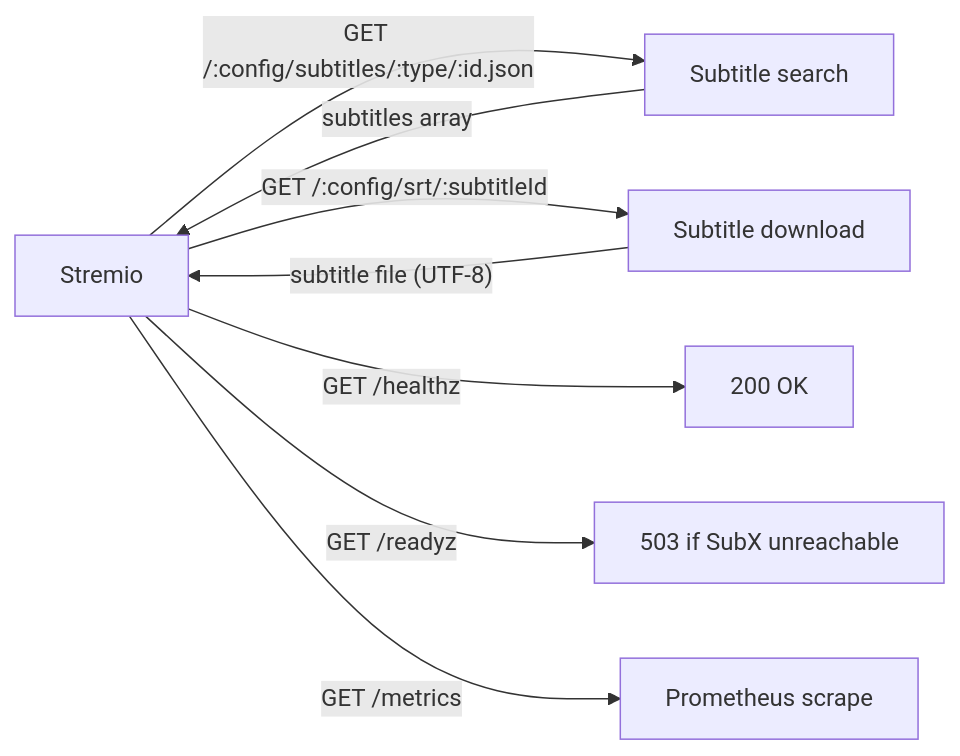
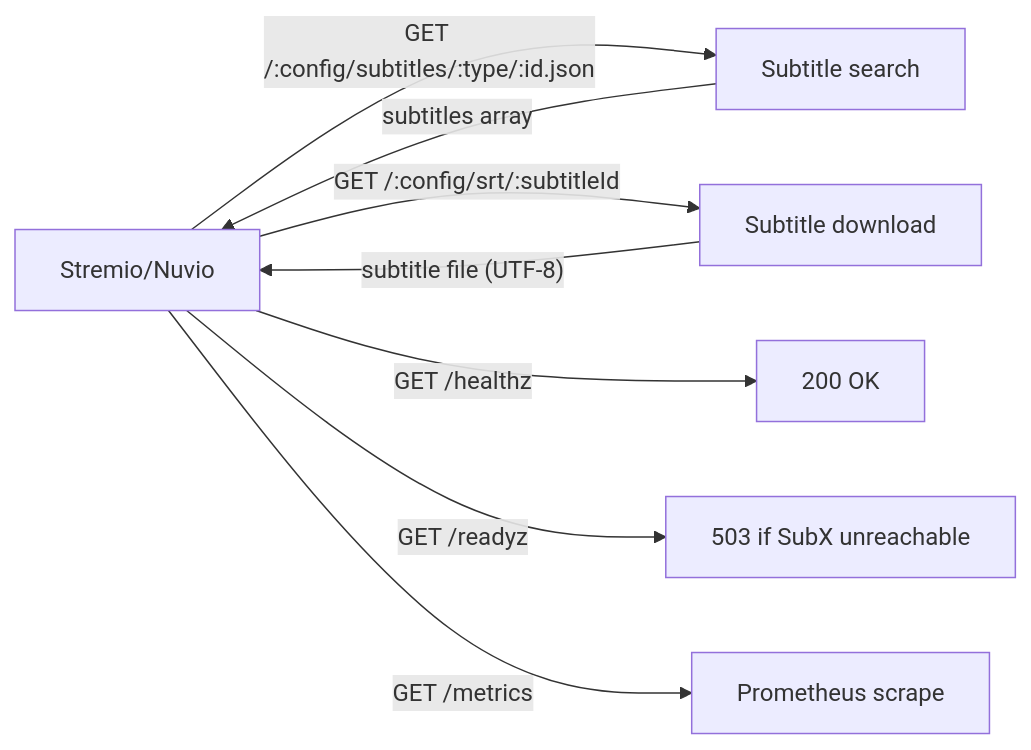
One commit to EZE404/submodx changed the first of 4 diagrams in README.md. Above: the diagram before and after it, drawn with Mermaid. The commit also changed other lines of this file, not shown here.

First line of the commit message:
Add Nuvio support to README description

````diff
--- a/README.md
+++ b/README.md
@@ -97,13 +97,13 @@
 ```mermaid
 flowchart LR
-  S[Stremio]
+  S[Stremio/Nuvio]
 
   S -- "GET /:config/subtitles/:type/:id.json" --> SR[Subtitle search]
   S -- "GET /:config/srt/:subtitleId" --> DR[Subtitle download]
   S -- "GET /healthz" --> HZ[200 OK]
   S -- "GET /readyz" --> RZ[503 if SubX unreachable]
   S -- "GET /metrics" --> M[Prometheus scrape]
 
   SR -- subtitles array --> S
   DR -- "subtitle file (UTF-8)" --> S
 ```
````
